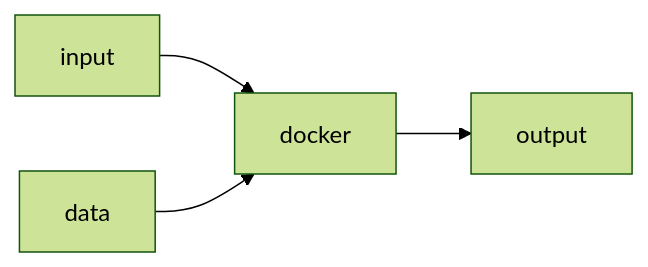
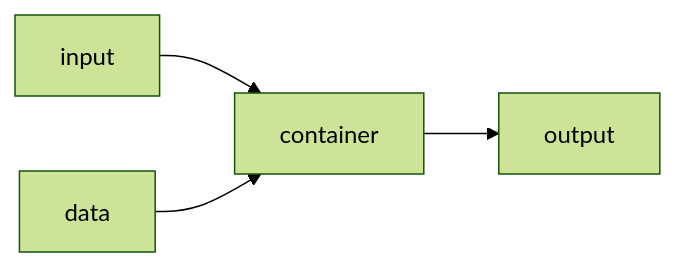
Before and after one commit to VForWaTer/tool-specs: the diagram in docs/README.md, drawn with Mermaid (forest theme). The commit also changed other lines of this file, not shown here.

````diff
--- a/docs/README.md
+++ b/docs/README.md
@@ -10,6 +12,6 @@
 ```mermaid
 flowchart LR
-    input --> docker --> output
-    data --> docker
+    input --> container --> output
+    data --> container
 
 ```
````
